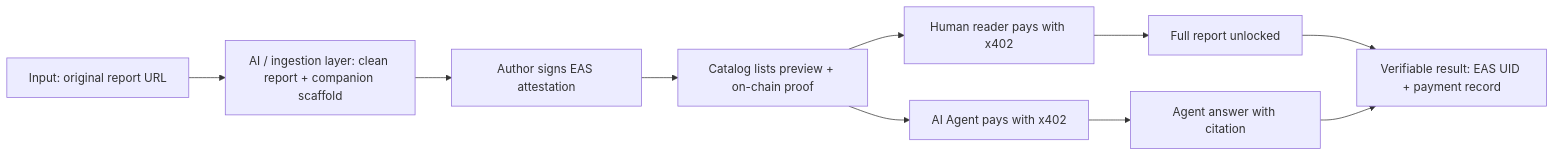
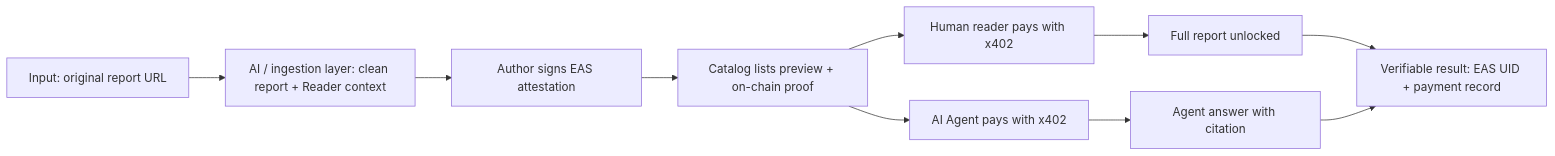
Before and after one commit to alexfanzong/Citely: the diagram in README.en.md, drawn with Mermaid. The commit also changed other lines of this file and 1 other file, not shown here.

````diff
--- a/README.en.md
+++ b/README.en.md
@@ -75,12 +75,12 @@
 ```mermaid
 flowchart LR
-  A["Input: original report URL"] --> B["AI / ingestion layer: clean report + companion scaffold"]
+  A["Input: original report URL"] --> B["AI / ingestion layer: clean report + Reader context"]
   B --> C["Author signs EAS attestation"]
   C --> D["Catalog lists preview + on-chain proof"]
   D --> E["Human reader pays with x402"]
   D --> F["AI Agent pays with x402"]
   E --> G["Full report unlocked"]
   F --> H["Agent answer with citation"]
   G --> I["Verifiable result: EAS UID + payment record"]
   H --> I
 ```
````
